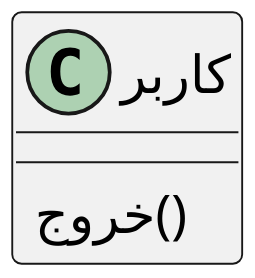
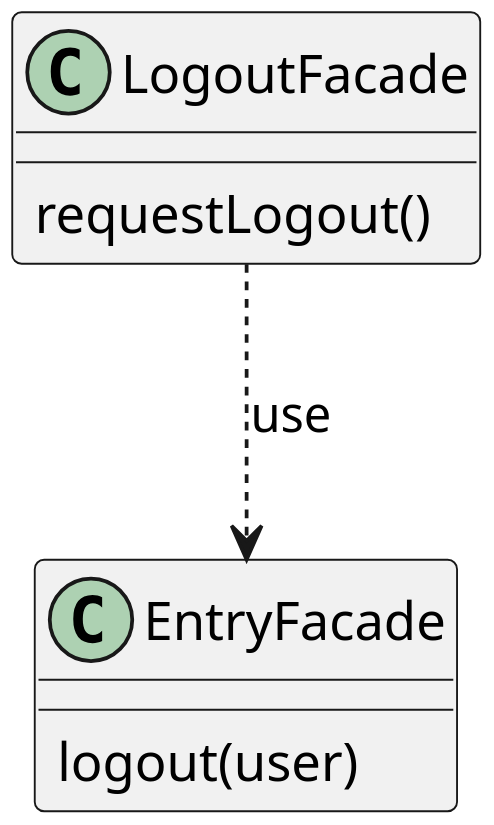
Before and after one commit to soleyman79/Qasedak: the diagram in Diagrams/Design Class/Logout.puml, drawn with PlantUML.

Commit message:
update Design class: Logout

```diff
--- a/Diagrams/Design Class/Logout.puml
+++ b/Diagrams/Design Class/Logout.puml
@@ -1,11 +1,17 @@
 @startuml logout
 
 scale 3
 skinparam DefaultFontName B Nazanin
 
 
-class "کاربر" as user {
-    خروج()
+class LogoutFacade {
+    requestLogout()
 }
 
+class EntryFacade {
+    logout(user)
+}
+
+LogoutFacade ..> EntryFacade :use
+
 @enduml
```
